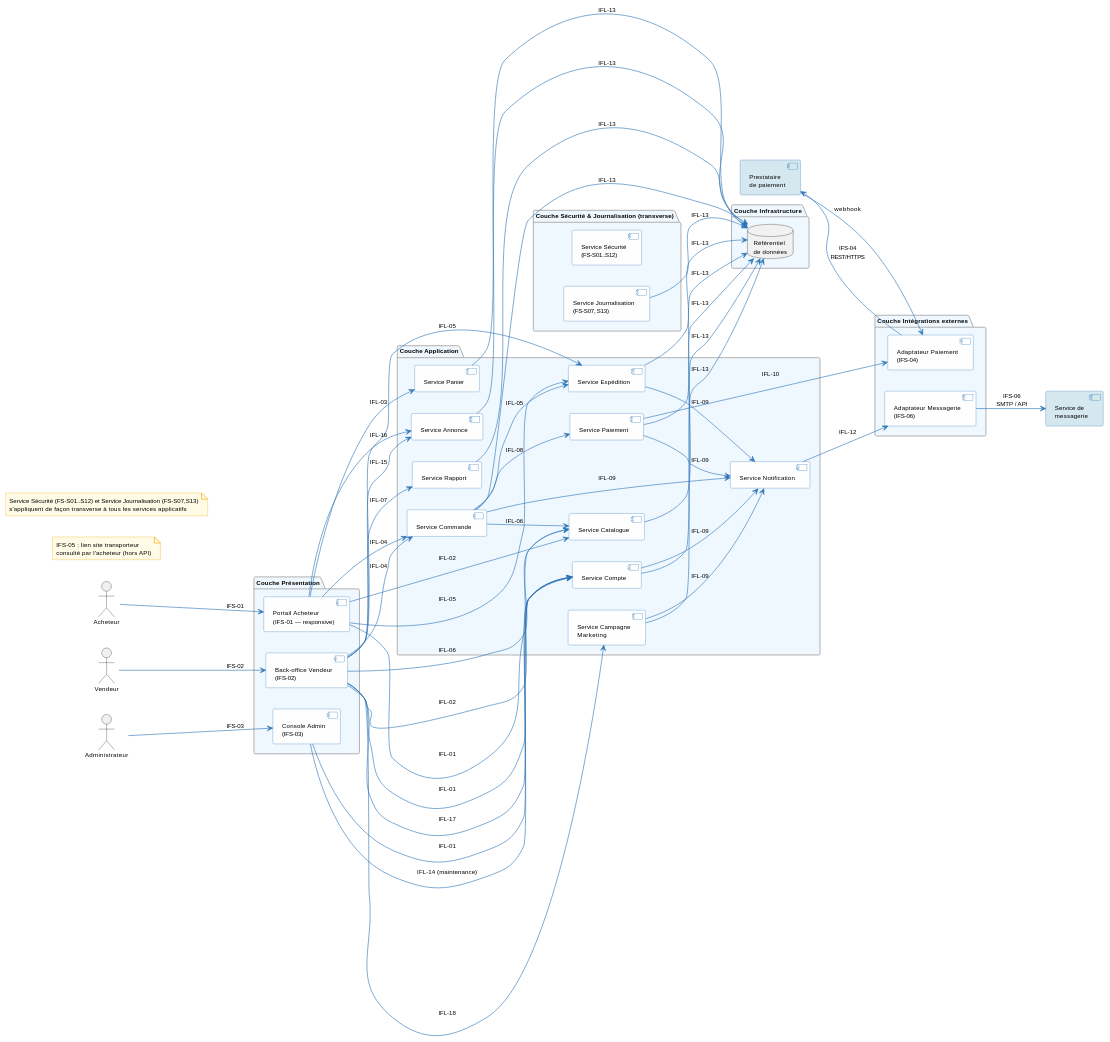
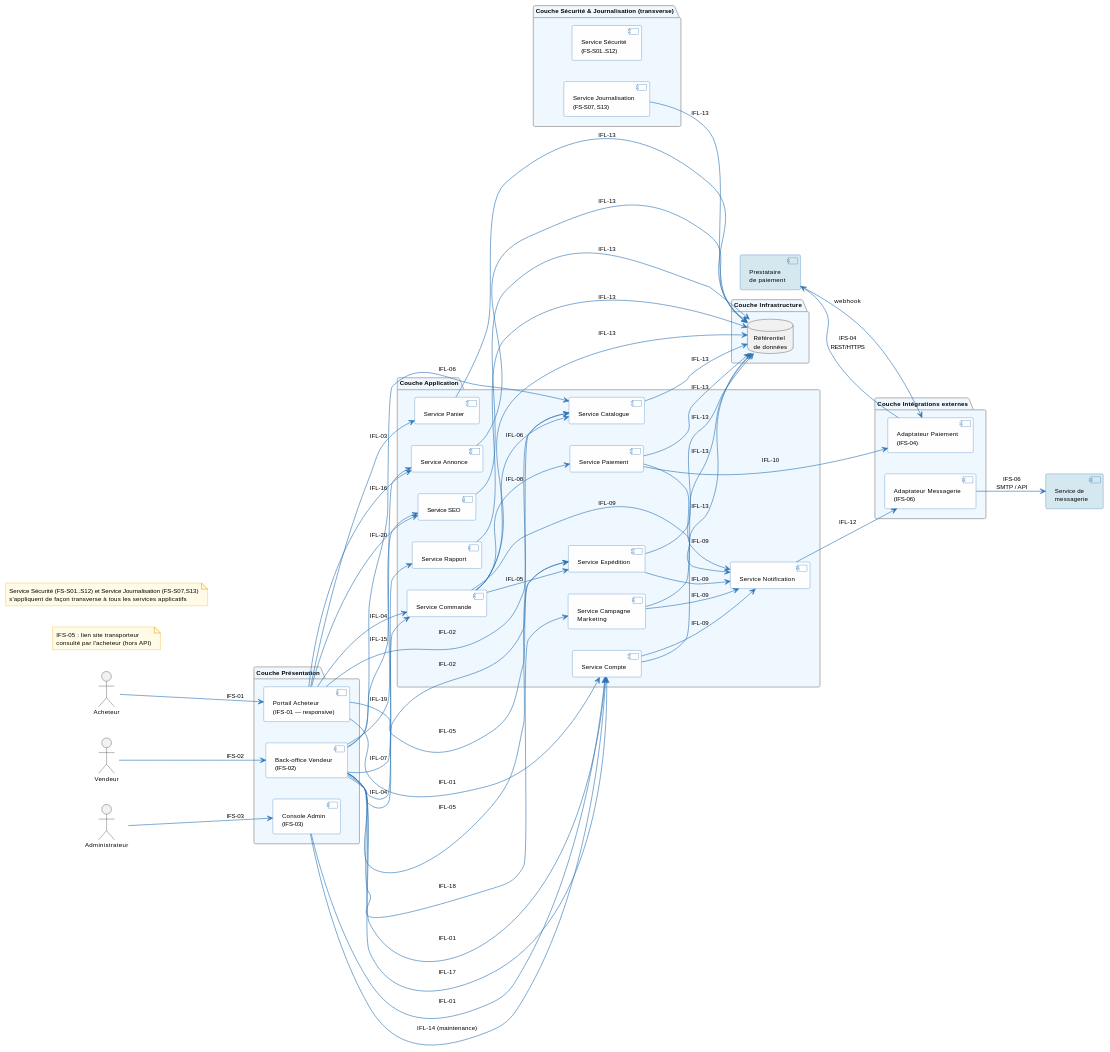
The first of 7 diagrams in architecture/03-logical-architecture/la.adoc (louistalvande/online_shop), drawn with PlantUML before and after one commit. The commit also changed other lines of this file and 14 other files, not shown here.

Commit message:
add seo in architecture

```diff
--- a/architecture/03-logical-architecture/la.adoc
+++ b/architecture/03-logical-architecture/la.adoc
@@ -163,6 +168,7 @@
   [Service Rapport] as SvcReport
   [Service Annonce] as SvcAnnounce
   [Service Campagne\nMarketing] as SvcCampaign
+  [Service SEO] as SvcSeo
 }
 
 package "Couche Sécurité & Journalisation (transverse)" {
@@ -202,8 +208,10 @@
 UI_Vendor --> SvcAnnounce : IFL-15
 UI_Vendor --> SvcAccount : IFL-17
 UI_Vendor --> SvcCampaign : IFL-18
+UI_Vendor --> SvcSeo : IFL-19
 
 UI_Buyer --> SvcAnnounce : IFL-16
+UI_Buyer --> SvcSeo : IFL-20
 
 UI_Admin --> SvcAccount : IFL-01
 UI_Admin --> SvcAccount : IFL-14 (maintenance)
@@ -233,6 +241,7 @@
 SvcAnnounce --> DB : IFL-13
 SvcCampaign --> SvcNotif : IFL-09
 SvcCampaign --> DB : IFL-13
+SvcSeo --> DB : IFL-13
 SvcLog --> DB : IFL-13
 
 note "Service Sécurité (FS-S01..S12) et Service Journalisation (FS-S07,S13)\ns'appliquent de façon transverse à tous les services applicatifs" as NoteSecLog
```
